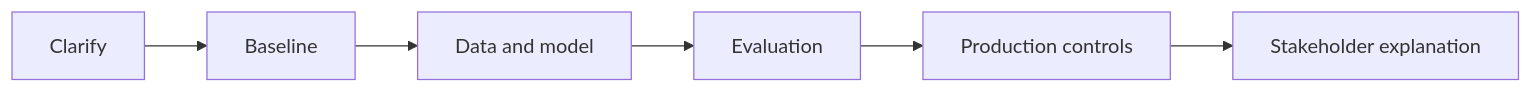
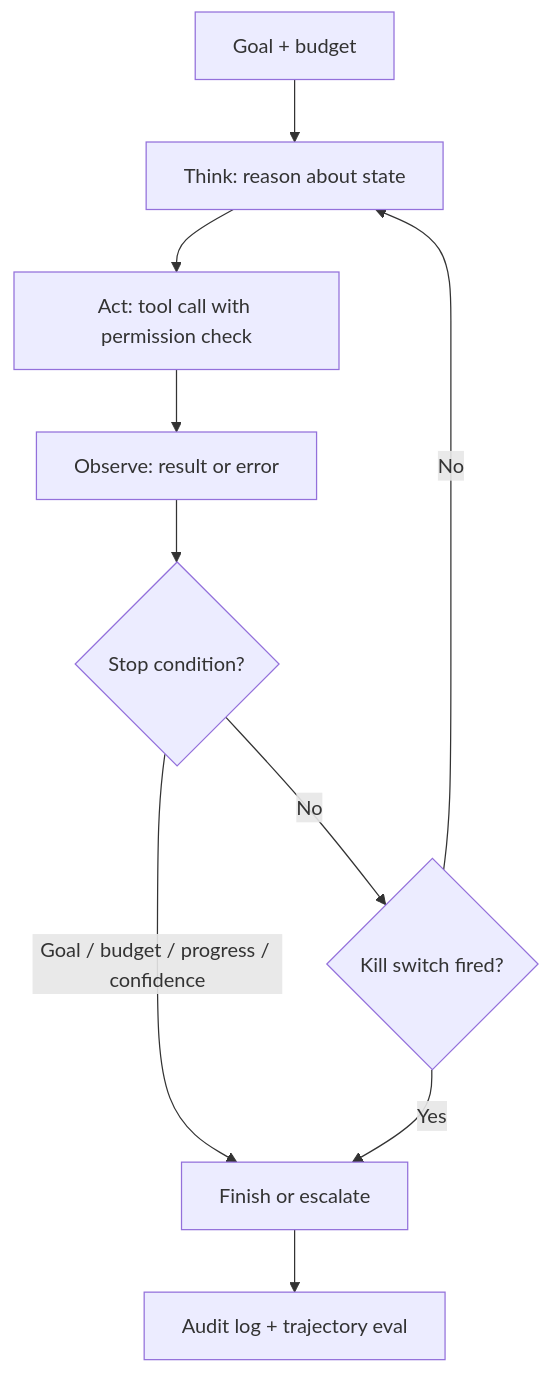
One commit to Icon1cc/Machine-Learning changed the diagram in interview-prep/11-agent-interview-questions.md. Above: the diagram before and after it, drawn with Mermaid. The commit also changed other lines of this file and 264 other files, not shown here.

````diff
--- a/interview-prep/11-agent-interview-questions.md
+++ b/interview-prep/11-agent-interview-questions.md
@@ -98,8 +160,12 @@
 ```mermaid
-flowchart LR
-    A[Clarify] --> B[Baseline]
-    B --> C[Data and model]
-    C --> D[Evaluation]
-    D --> E[Production controls]
-    E --> F[Stakeholder explanation]
+flowchart TD
+    A[Goal + budget] --> B[Think: reason about state]
+    B --> C[Act: tool call with permission check]
+    C --> D[Observe: result or error]
+    D --> E{Stop condition?}
+    E -- Goal / budget / progress / confidence --> F[Finish or escalate]
+    E -- No --> G{Kill switch fired?}
+    G -- Yes --> F
+    G -- No --> B
+    F --> H[Audit log + trajectory eval]
 ```
````
